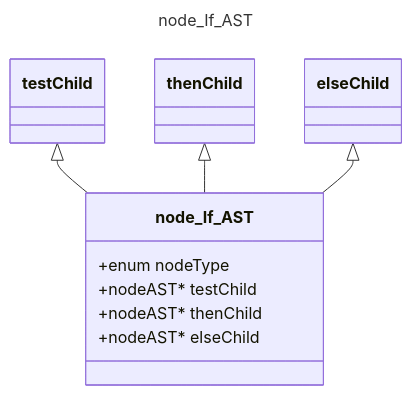
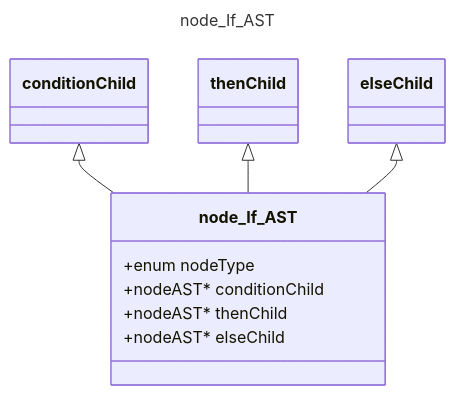
Before and after one commit to RobinHsieh/Compiler_in_C: the second of 8 diagrams in FinalProject/README.md, drawn with Mermaid. The commit also changed other lines of this file and 3 other files, not shown here.

````diff
--- a/FinalProject/README.md
+++ b/FinalProject/README.md
@@ -98,18 +98,18 @@
 ```mermaid
 ---
 title: node_If_AST
 ---
 classDiagram
     class node_If_AST{
         +enum nodeType
-        +nodeAST* testChild
+        +nodeAST* conditionChild
         +nodeAST* thenChild
         +nodeAST* elseChild
     }
-    class testChild
+    class conditionChild
     class thenChild
     class elseChild
-    testChild <|-- node_If_AST
+    conditionChild <|-- node_If_AST
     thenChild <|-- node_If_AST
     elseChild <|-- node_If_AST
 ```
````
